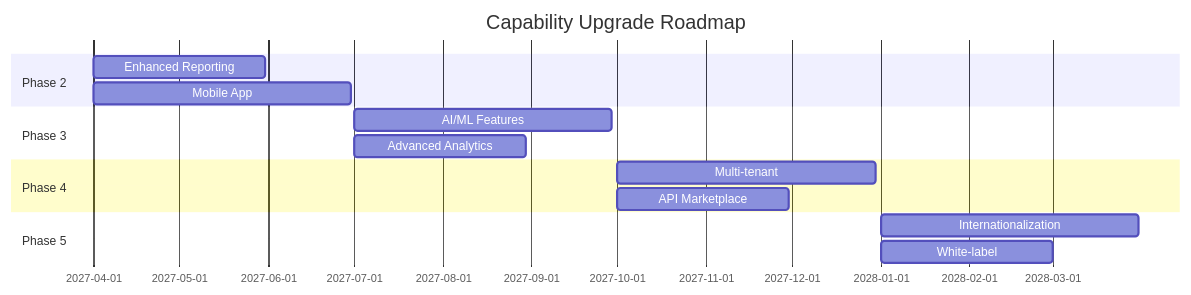
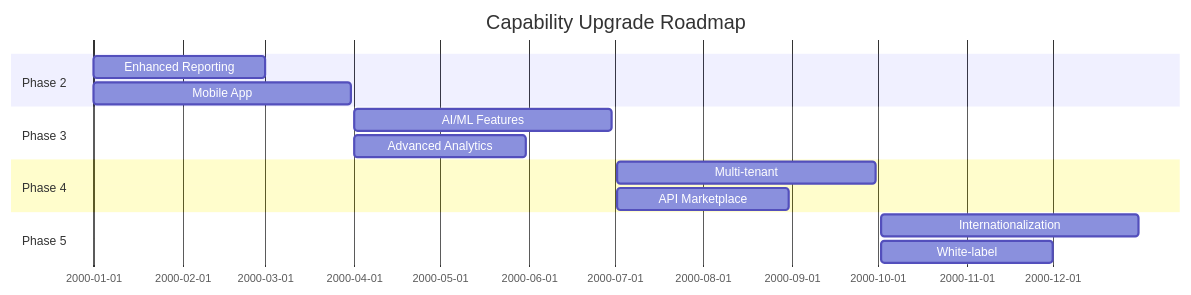
The diagram in document-template/20_SE_Cross_Cutting/Capability-Upgrade-Plan.md (oat431/swe-knowledge), drawn with Mermaid before and after one commit. The commit also changed 56 other files, not shown here.

````diff
--- a/document-template/20_SE_Cross_Cutting/Capability-Upgrade-Plan.md
+++ b/document-template/20_SE_Cross_Cutting/Capability-Upgrade-Plan.md
@@ -30,17 +30,18 @@
 ```mermaid
 gantt
     title Capability Upgrade Roadmap
     dateFormat YYYY-MM-DD
+    %% Placeholder schedule: base 2000-01-01 = project start; recompute real dates when instantiating
     section Phase 2
-    Enhanced Reporting    :a1, 2027-04-01, 60d
-    Mobile App            :a2, 2027-04-01, 90d
+    Enhanced Reporting    :a1, 2000-01-01, 60d
+    Mobile App            :a2, 2000-01-01, 90d
     section Phase 3
-    AI/ML Features        :b1, 2027-07-01, 90d
-    Advanced Analytics    :b2, 2027-07-01, 60d
+    AI/ML Features        :b1, 2000-04-01, 90d
+    Advanced Analytics    :b2, 2000-04-01, 60d
     section Phase 4
-    Multi-tenant          :c1, 2027-10-01, 90d
-    API Marketplace       :c2, 2027-10-01, 60d
+    Multi-tenant          :c1, 2000-07-02, 90d
+    API Marketplace       :c2, 2000-07-02, 60d
     section Phase 5
-    Internationalization  :d1, 2028-01-01, 90d
-    White-label           :d2, 2028-01-01, 60d
+    Internationalization  :d1, 2000-10-02, 90d
+    White-label           :d2, 2000-10-02, 60d
 ```
````
